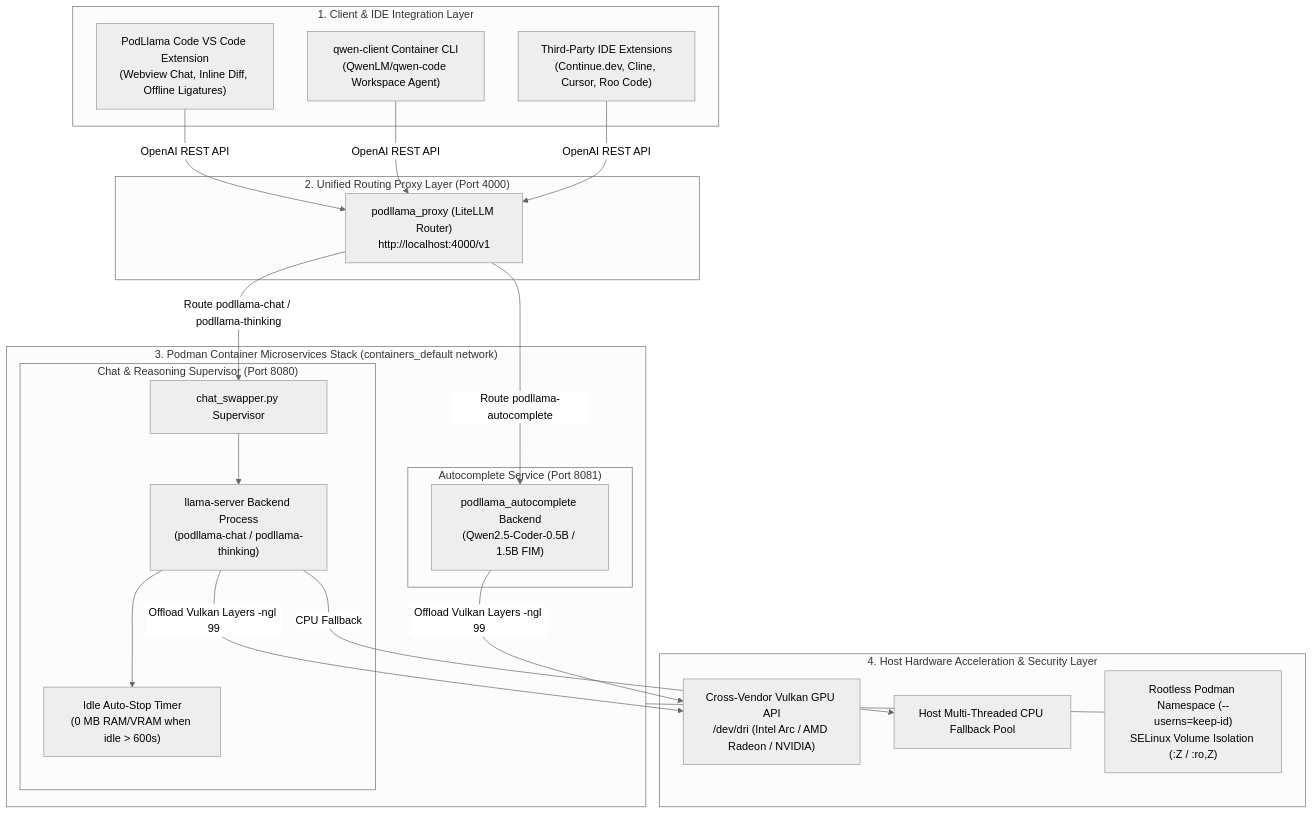
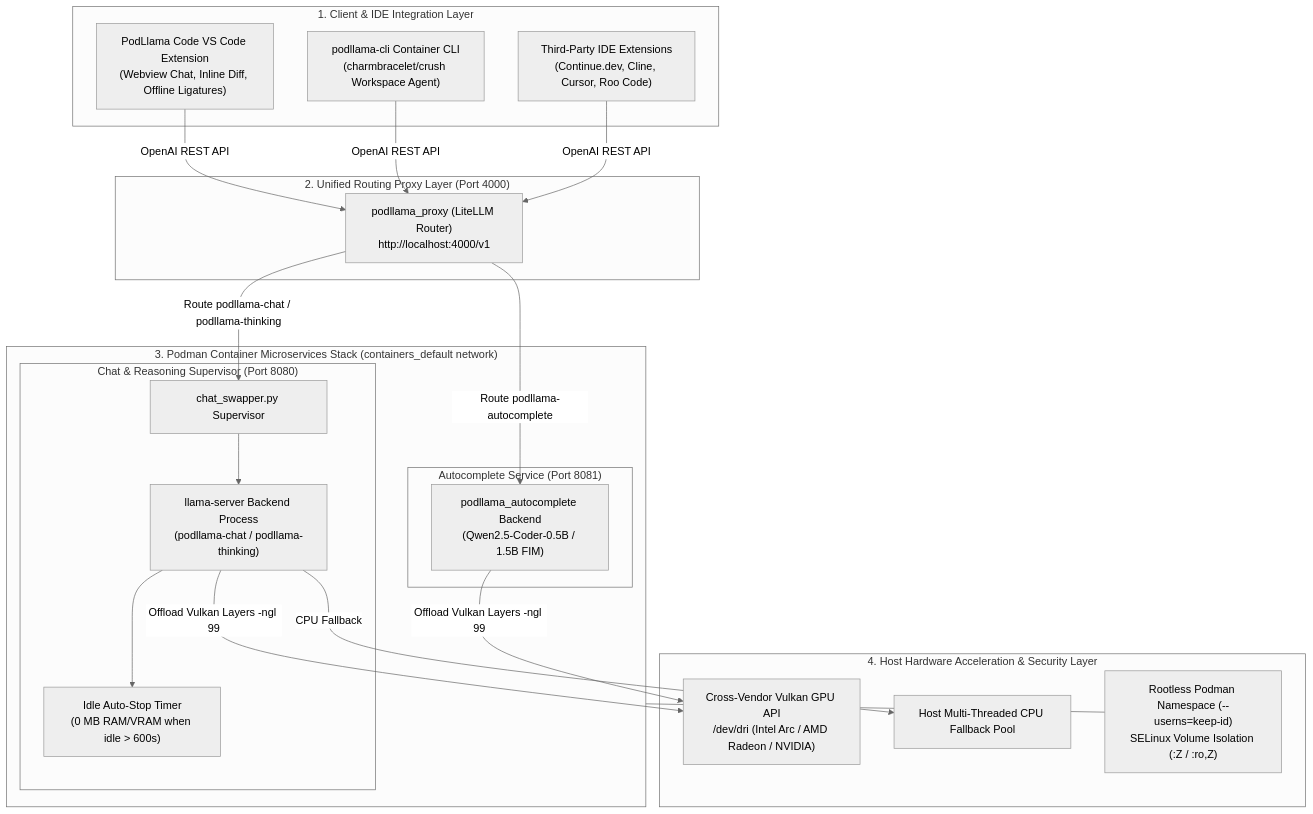
The diagram in README.md (archanpaul/podllama), drawn with Mermaid (neutral theme) before and after one commit. The commit also changed other lines of this file and 12 other files, not shown here.

Commit message:
refactor: replace qwen-code with charmbracelet/crush and rename client to podllama-cli

````diff
--- a/README.md
+++ b/README.md
@@ -95,46 +95,46 @@
 ```mermaid
 flowchart TB
     subgraph IDE_CLIENT_LAYER["1. Client & IDE Integration Layer"]
         VSCodeExt["PodLlama Code VS Code Extension\n(Webview Chat, Inline Diff, Offline Ligatures)"]
-        QwenCLI["qwen-client Container CLI\n(QwenLM/qwen-code Workspace Agent)"]
+        QwenCLI["podllama-cli Container CLI\n(charmbracelet/crush Workspace Agent)"]
         ExternalIDE["Third-Party IDE Extensions\n(Continue.dev, Cline, Cursor, Roo Code)"]
     end
 
     subgraph PROXY_LAYER["2. Unified Routing Proxy Layer (Port 4000)"]
         LiteLLMProxy["podllama_proxy (LiteLLM Router)\nhttp://localhost:4000/v1"]
     end
 
     subgraph BACKEND_STACK["3. Podman Container Microservices Stack (containers_default network)"]
         subgraph CHAT_SUPERVISOR["Chat & Reasoning Supervisor (Port 8080)"]
             Swapper["chat_swapper.py Supervisor"]
             LlamaChat["llama-server Backend Process\n(podllama-chat / podllama-thinking)"]
             IdleTimer["Idle Auto-Stop Timer\n(0 MB RAM/VRAM when idle > 600s)"]
             Swapper --> LlamaChat
             LlamaChat --> IdleTimer
         end
 
         subgraph AUTOCOMPLETE_SERVICE["Autocomplete Service (Port 8081)"]
             LlamaAuto["podllama_autocomplete Backend\n(Qwen2.5-Coder-0.5B / 1.5B FIM)"]
         end
     end
 
     subgraph HARDWARE_SECURITY_LAYER["4. Host Hardware Acceleration & Security Layer"]
         VulkanGPU["Cross-Vendor Vulkan GPU API\n/dev/dri (Intel Arc / AMD Radeon / NVIDIA)"]
         CPUPool["Host Multi-Threaded CPU Fallback Pool"]
         RootlessSELinux["Rootless Podman Namespace (--userns=keep-id)\nSELinux Volume Isolation (:Z / :ro,Z)"]
     end
 
     %% Flow Connections
     VSCodeExt -->|OpenAI REST API| LiteLLMProxy
     QwenCLI -->|OpenAI REST API| LiteLLMProxy
     ExternalIDE -->|OpenAI REST API| LiteLLMProxy
 
     LiteLLMProxy -->|Route podllama-chat / podllama-thinking| Swapper
     LiteLLMProxy -->|Route podllama-autocomplete| LlamaAuto
 
     LlamaChat -->|Offload Vulkan Layers -ngl 99| VulkanGPU
     LlamaChat -->|CPU Fallback| CPUPool
     LlamaAuto -->|Offload Vulkan Layers -ngl 99| VulkanGPU
 
     BACKEND_STACK --- RootlessSELinux
 ```
````
